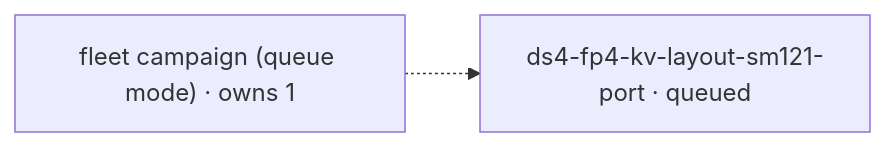
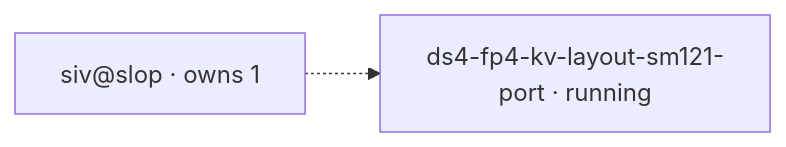
Before and after one commit to littlecedar/sparkrun-recipe-registry: the diagram in mad-science/STATUS.md, drawn with Mermaid. The commit also changed other lines of this file, not shown here.

````diff
--- a/mad-science/STATUS.md
+++ b/mad-science/STATUS.md
@@ -22,8 +22,8 @@
 ```mermaid
 flowchart LR
-  %% 0 blocked, 0 blocker edge(s), 1 drained by fleet campaign (queue mode) (1)
-  r1["fleet campaign (queue mode) · owns 1"]
-  t1["ds4-fp4-kv-layout-sm121-port · queued"]
+  %% 0 blocked, 0 blocker edge(s), 1 drained by siv@slop (1)
+  r1["siv@slop · owns 1"]
+  t1["ds4-fp4-kv-layout-sm121-port · running"]
   r1 -.-> t1
   classDef no-recorded-edge stroke-dasharray: 4 3
 ```
````
